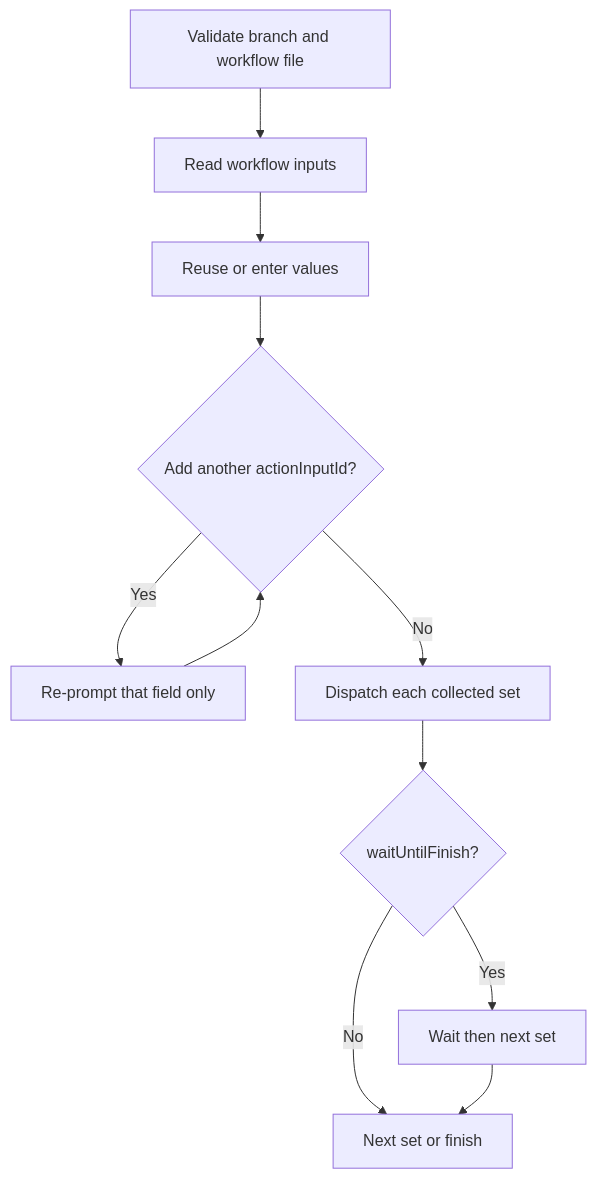
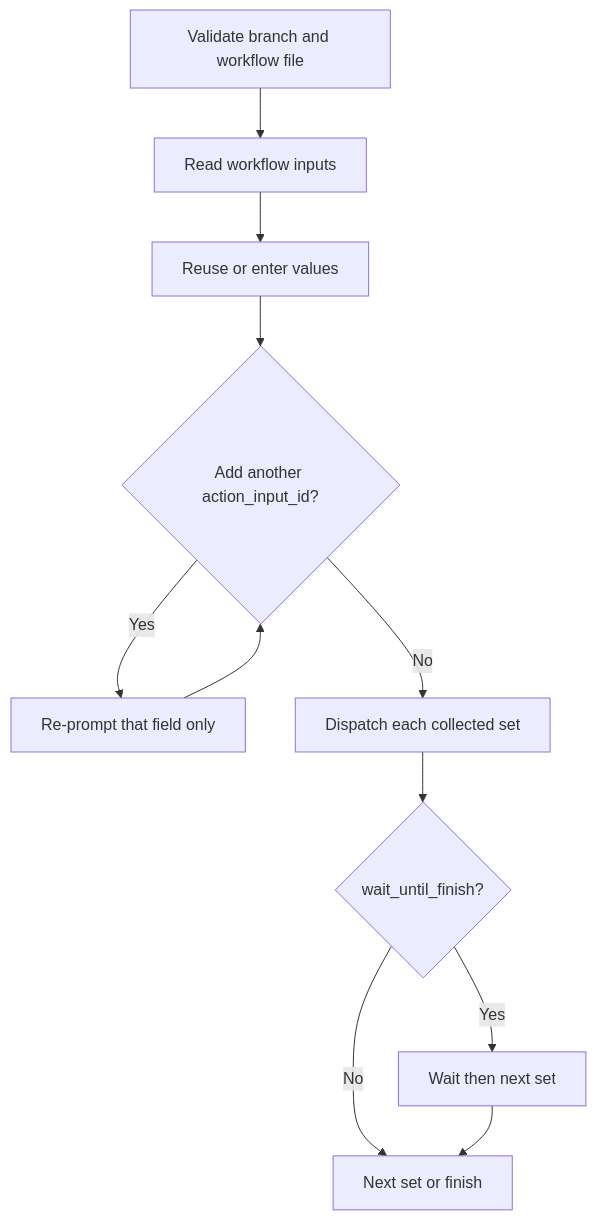
Before and after one commit to md-redwan-hossain/gitrung: the fourth of 5 diagrams in README.md, drawn with Mermaid. The commit also changed other lines of this file and 11 other files, not shown here.

````diff
--- a/README.md
+++ b/README.md
@@ -253,13 +253,13 @@
 ```mermaid
 flowchart TD
     A[Validate branch and workflow file] --> B[Read workflow inputs]
     B --> C[Reuse or enter values]
-    C --> D{Add another actionInputId?}
+    C --> D{Add another action_input_id?}
     D -->|Yes| E[Re-prompt that field only]
     E --> D
     D -->|No| F[Dispatch each collected set]
-    F --> G{waitUntilFinish?}
+    F --> G{wait_until_finish?}
     G -->|Yes| H[Wait then next set]
     G -->|No| I[Next set or finish]
     H --> I
 ```
````
